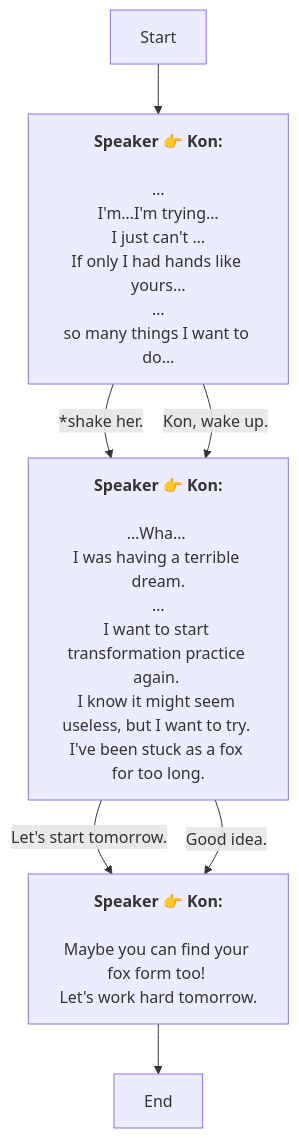
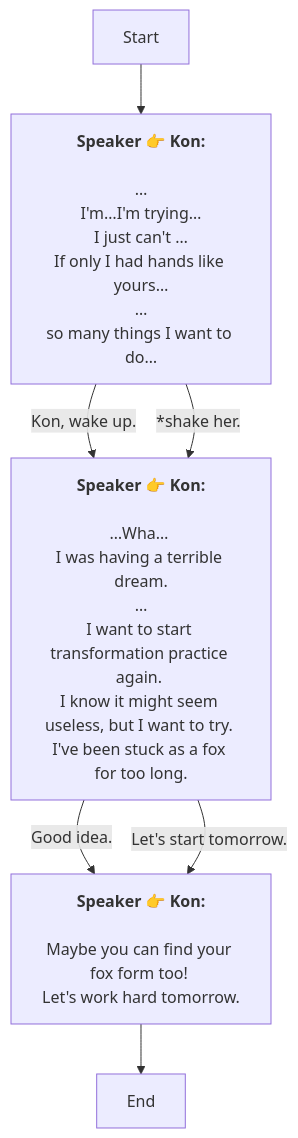
Before and after one commit to SoftHu/tos_avg: the diagram in En/MQFoxSleep.md, drawn with Mermaid. The commit also changed other lines of this file and 780 other files, not shown here.

````diff
--- a/En/MQFoxSleep.md
+++ b/En/MQFoxSleep.md
@@ -1,29 +1,29 @@
 ```mermaid
 graph
 Start -->1740034913928581[<b>Speaker 👉 Kon:</b>
 \n…
 I'm…I'm trying…
 I just can't …\nIf only I had hands like yours…
 …
 so many things I want to do…]
+1740034913928581 -->|Kon, wake up.|1768707568877843[<b>Speaker 👉 Kon:</b>
+\n…Wha… 
+I was having a terrible dream.
+…\nI want to start transformation practice again. 
+I know it might seem useless, but I want to try. 
+I've been stuck as a fox for too long.]
 1740034913928581 -->|*shake her.|1768707568877843[<b>Speaker 👉 Kon:</b>
 \n…Wha… 
 I was having a terrible dream.
 …\nI want to start transformation practice again. 
 I know it might seem useless, but I want to try. 
 I've been stuck as a fox for too long.]
-1740034913928581 -->|Kon, wake up.|1768707568877843[<b>Speaker 👉 Kon:</b>
-\n…Wha… 
-I was having a terrible dream.
-…\nI want to start transformation practice again. 
-I know it might seem useless, but I want to try. 
-I've been stuck as a fox for too long.]
-1768707568877843 -->|Let's start tomorrow.|1768707642234137[<b>Speaker 👉 Kon:</b>
+1768707568877843 -->|Good idea.|1768707642234137[<b>Speaker 👉 Kon:</b>
 \nMaybe you can find your fox form too! 
 Let's work hard tomorrow.]
-1768707568877843 -->|Good idea.|1768707642234137[<b>Speaker 👉 Kon:</b>
+1768707568877843 -->|Let's start tomorrow.|1768707642234137[<b>Speaker 👉 Kon:</b>
 \nMaybe you can find your fox form too! 
 Let's work hard tomorrow.]
 1768707642234137 -->1740034963376518[End]
 
 ```
````
